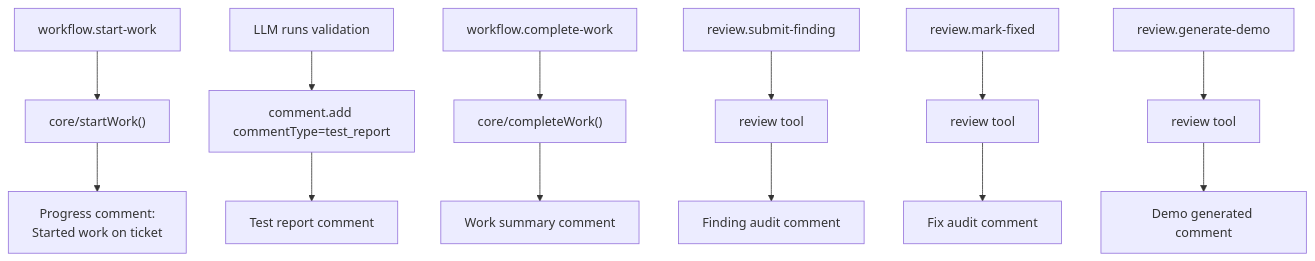
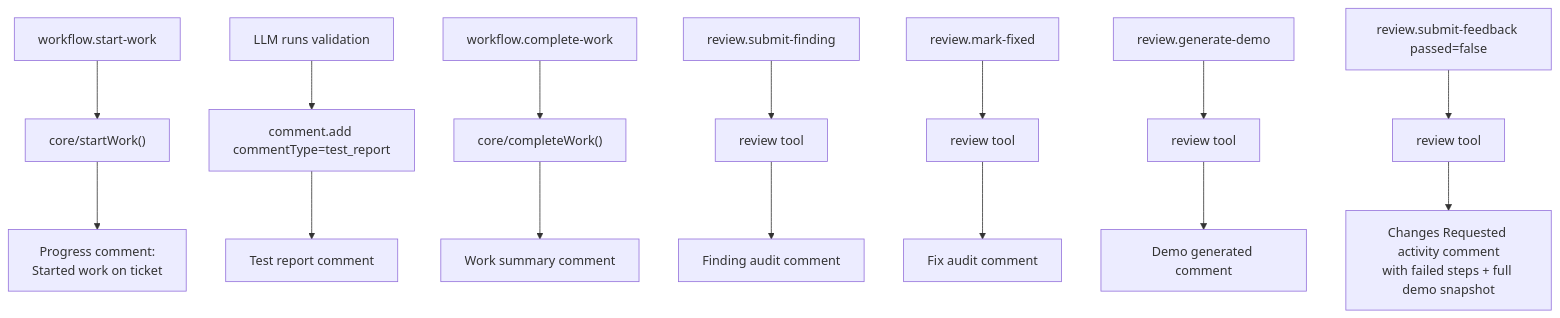
The ninth of 14 diagrams in docs/universal-quality-workflow-per-provider-diagrams.md (salmanrrana/brain-dump), drawn with Mermaid before and after one commit. The commit also changed other lines of this file and 2 other files, not shown here.

Commit message:
feat(d1900aeb): document human review rework loop

````diff
--- a/docs/universal-quality-workflow-per-provider-diagrams.md
+++ b/docs/universal-quality-workflow-per-provider-diagrams.md
@@ -341,12 +361,13 @@
 ```mermaid
 flowchart TB
     A["workflow.start-work"] --> B["core/startWork()"] --> C["Progress comment:\nStarted work on ticket"]
 
     D["LLM runs validation"] --> E["comment.add commentType=test_report"] --> F["Test report comment"]
 
     G["workflow.complete-work"] --> H["core/completeWork()"] --> I["Work summary comment"]
 
     J["review.submit-finding"] --> K["review tool"] --> L["Finding audit comment"]
     M["review.mark-fixed"] --> N["review tool"] --> O["Fix audit comment"]
     P["review.generate-demo"] --> Q["review tool"] --> R["Demo generated comment"]
+    S["review.submit-feedback passed=false"] --> T["review tool"] --> U["Changes Requested activity comment\nwith failed steps + full demo snapshot"]
 ```
````
